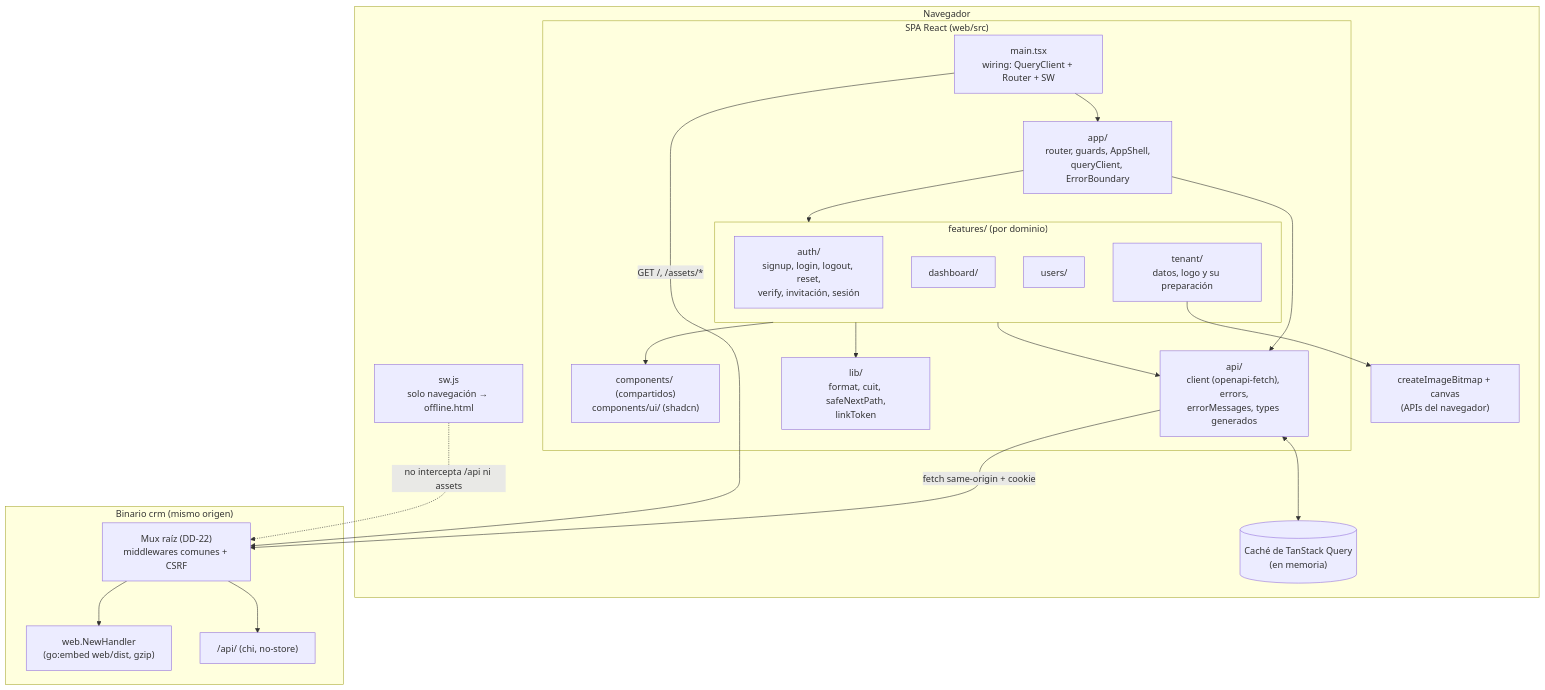
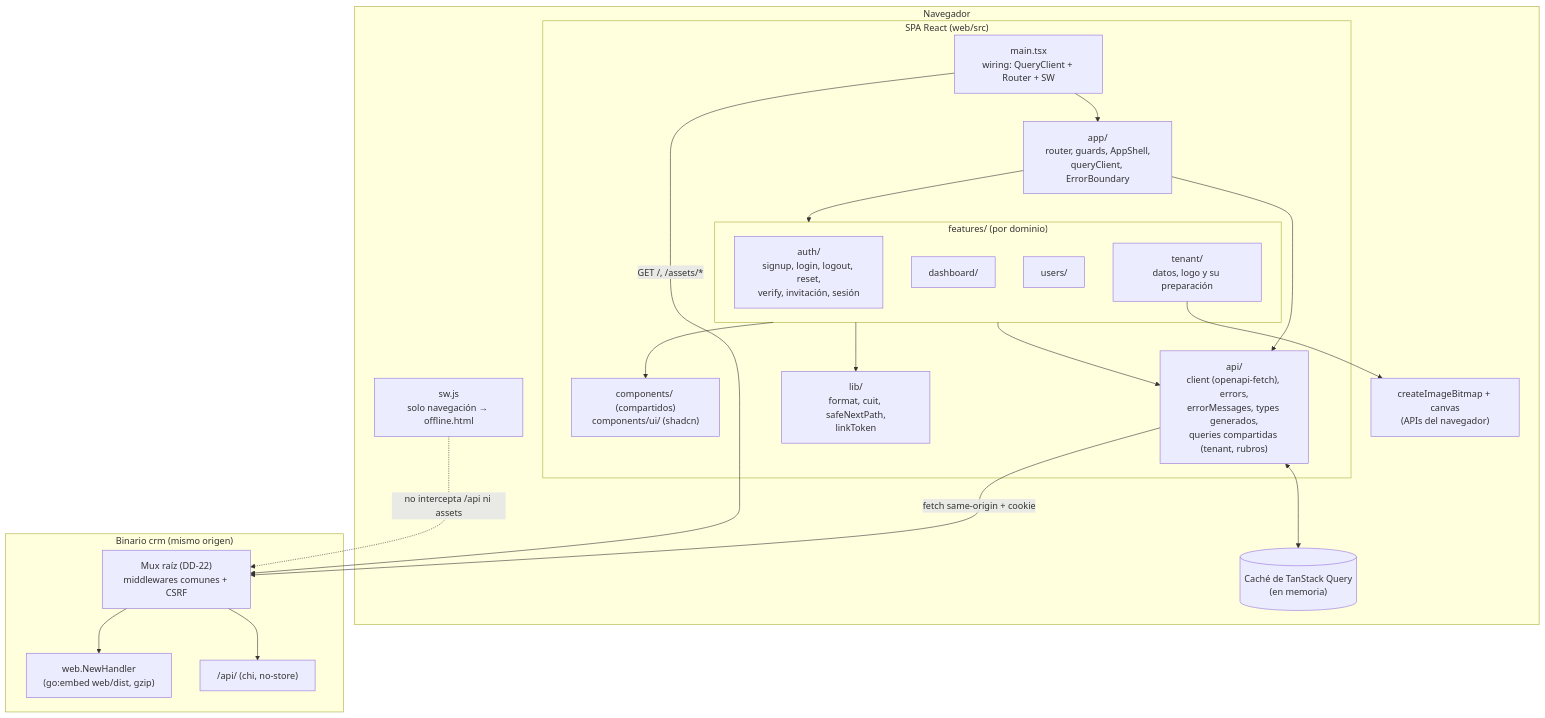
The second of 9 diagrams in specs/001-empresas-usuarios/ui.md (fdelillo/crm), drawn with Mermaid before and after one commit. The commit also changed other lines of this file and 1 other file, not shown here.

First line of the commit message:
docs(001): record frontend amendment P-F19 (shared queries, catalog shape, 503 wait)

````diff
--- a/specs/001-empresas-usuarios/ui.md
+++ b/specs/001-empresas-usuarios/ui.md
@@ -415,39 +427,39 @@
 ```mermaid
 graph TB
     subgraph Navegador
         subgraph SPA["SPA React (web/src)"]
             MAIN["main.tsx<br/>wiring: QueryClient + Router + SW"]
             APP["app/<br/>router, guards, AppShell,<br/>queryClient, ErrorBoundary"]
             subgraph FEAT["features/ (por dominio)"]
                 AUTH["auth/<br/>signup, login, logout, reset,<br/>verify, invitación, sesión"]
                 DASH["dashboard/"]
                 USERS["users/"]
                 TEN["tenant/<br/>datos, logo y su preparación"]
             end
             SHARED["components/ (compartidos)<br/>components/ui/ (shadcn)"]
-            API["api/<br/>client (openapi-fetch), errors,<br/>errorMessages, types generados"]
+            API["api/<br/>client (openapi-fetch), errors,<br/>errorMessages, types generados,<br/>queries compartidas (tenant, rubros)"]
             LIB["lib/<br/>format, cuit, safeNextPath,<br/>linkToken"]
         end
         CACHE[("Caché de TanStack Query<br/>(en memoria)")]
         SW["sw.js<br/>solo navegación → offline.html"]
         CANVAS["createImageBitmap + canvas<br/>(APIs del navegador)"]
     end
     subgraph Binario["Binario crm (mismo origen)"]
         ROOT["Mux raíz (DD-22)<br/>middlewares comunes + CSRF"]
         STATIC["web.NewHandler<br/>(go:embed web/dist, gzip)"]
         APIV1["/api/ (chi, no-store)"]
     end
 
     MAIN --> APP --> FEAT
     FEAT --> SHARED
     FEAT --> API
     FEAT --> LIB
     TEN --> CANVAS
     APP --> API
     API <--> CACHE
     API -->|"fetch same-origin + cookie"| ROOT
     MAIN -->|"GET /, /assets/*"| ROOT
     ROOT --> APIV1
     ROOT --> STATIC
     SW -.->|"no intercepta /api ni assets"| ROOT
 ```
````
